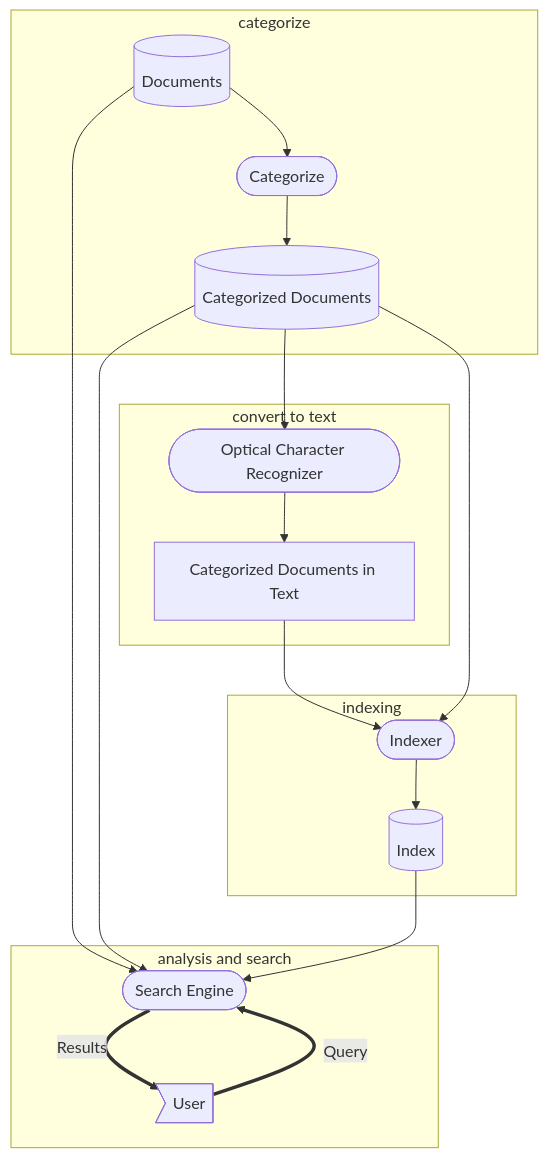
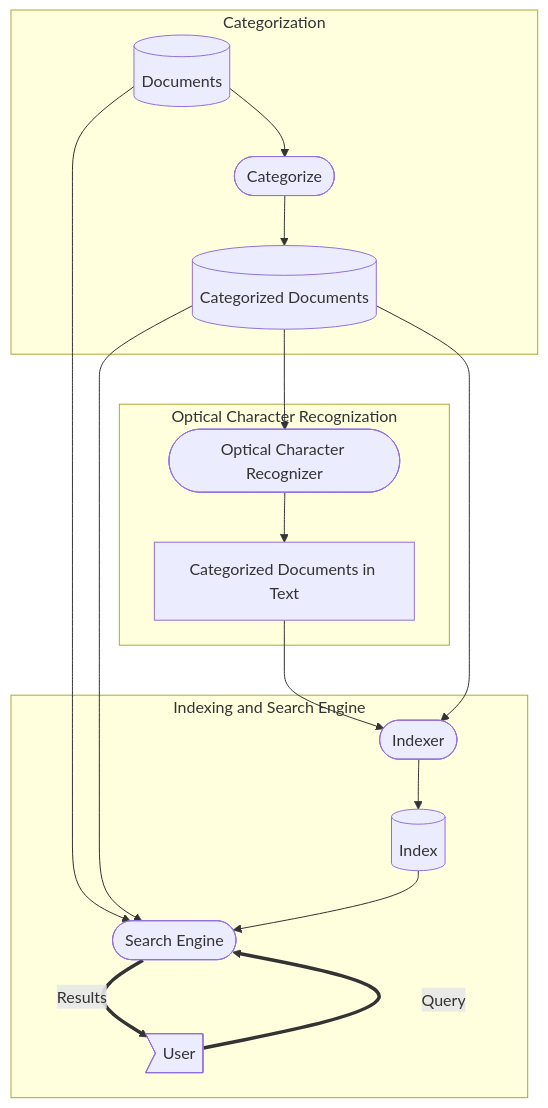
Before and after one commit to tallalchemist/ttbtt_doc: the first of 2 diagrams in README.md, drawn with Mermaid. The commit also changed other lines of this file and 1 other file, not shown here.

````diff
--- a/README.md
+++ b/README.md
@@ -12,22 +76,19 @@
 ```mermaid
 graph TD  
-    subgraph categorize
+    subgraph Categorization 
     D_Docs[(Documents)] --> P_Cat([Categorize])
     P_Cat --> D_Cat_Docs[(Categorized Documents)]
     end
-    subgraph convert to text
+    subgraph Optical Character Recognization 
     D_Cat_Docs --> P_OCR([Optical Character Recognizer])
     P_OCR --> D_Text[Categorized Documents in Text]
     end
-    subgraph indexing
+    subgraph Indexing and Search Engine
     D_Text --> P_Indexer([Indexer])
     D_Cat_Docs --> P_Indexer
     P_Indexer --> D_Index[(Index)]
-    end
-    subgraph analysis and search
     E_User>User] ==>|Query| P_Search([Search Engine])
     P_Search ==>|Results| E_User
     D_Docs & D_Cat_Docs & D_Index --> P_Search
     end
-    
 ```
````
